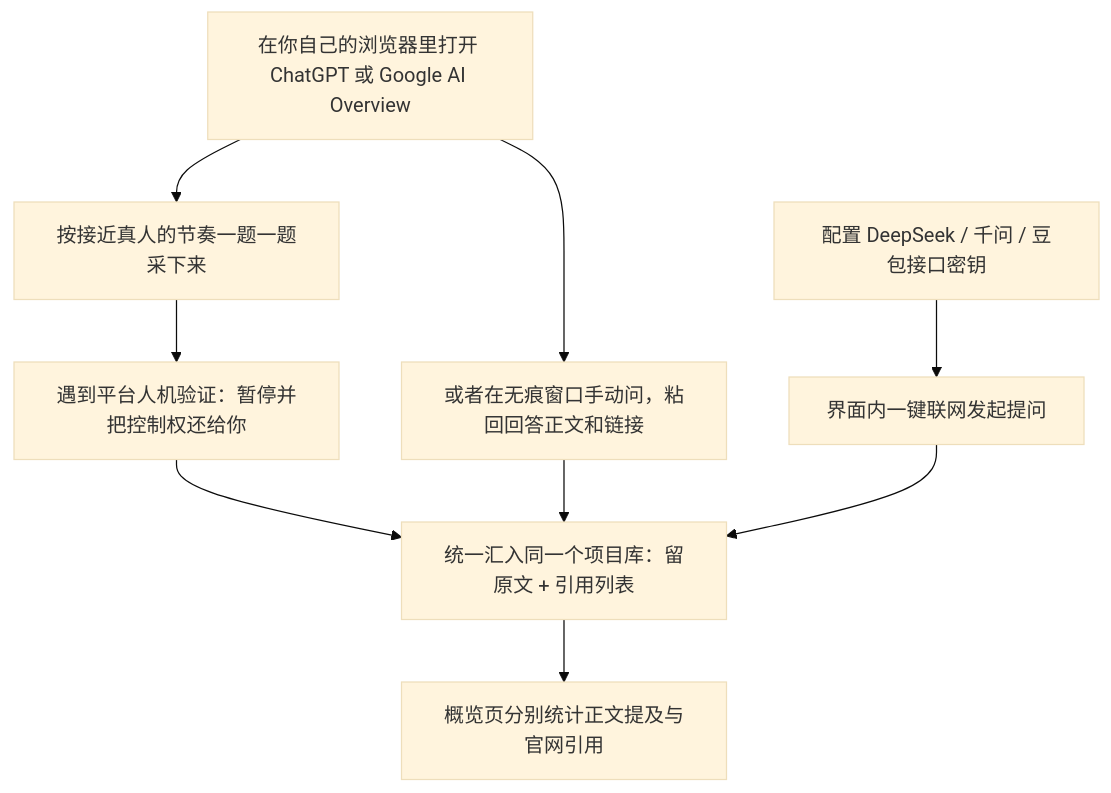
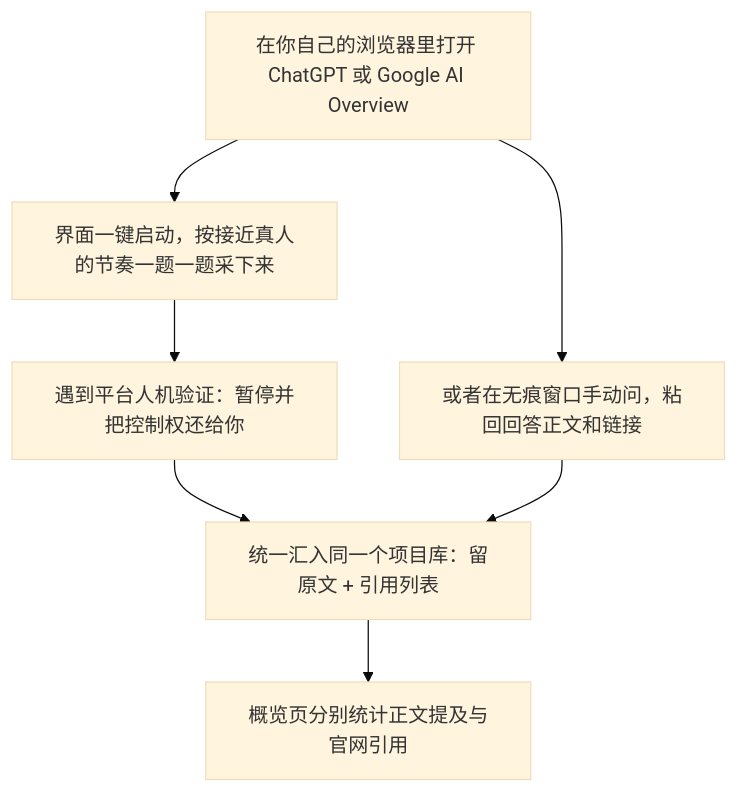
Before and after one commit to cooleryu/opengeo: the second of 3 diagrams in docs/getting-started.zh-CN.md, drawn with Mermaid (base theme). The commit also changed other lines of this file and 182 other files, not shown here.

First line of the commit message:
refactor!: streamline architecture around browser-first search and action plan

````diff
--- a/docs/getting-started.zh-CN.md
+++ b/docs/getting-started.zh-CN.md
@@ -73,11 +72,9 @@
 ```mermaid
 flowchart TD
-    A["在你自己的浏览器里打开 ChatGPT 或 Google AI Overview"] --> B["按接近真人的节奏一题一题采下来"]
+    A["在你自己的浏览器里打开 ChatGPT 或 Google AI Overview"] --> B["界面一键启动，按接近真人的节奏一题一题采下来"]
     B --> C["遇到平台人机验证：暂停并把控制权还给你"]
     A --> D["或者在无痕窗口手动问，粘回回答正文和链接"]
-    E["配置 DeepSeek / 千问 / 豆包接口密钥"] --> F["界面内一键联网发起提问"]
     C --> G["统一汇入同一个项目库：留原文 + 引用列表"]
     D --> G
-    F --> G
     G --> H["概览页分别统计正文提及与官网引用"]
 ```
````
